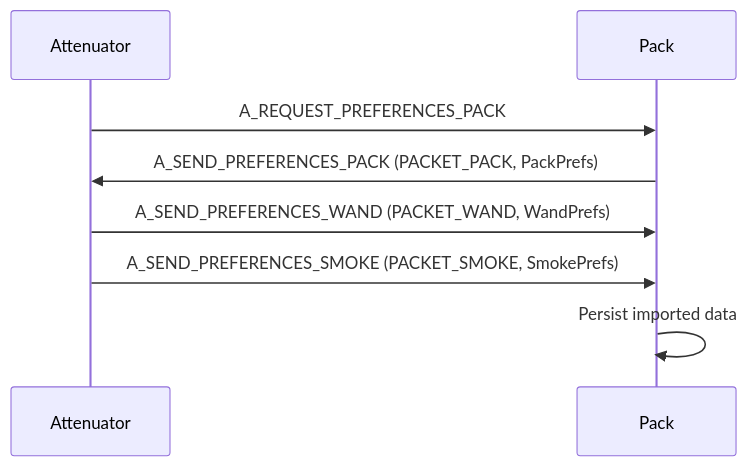
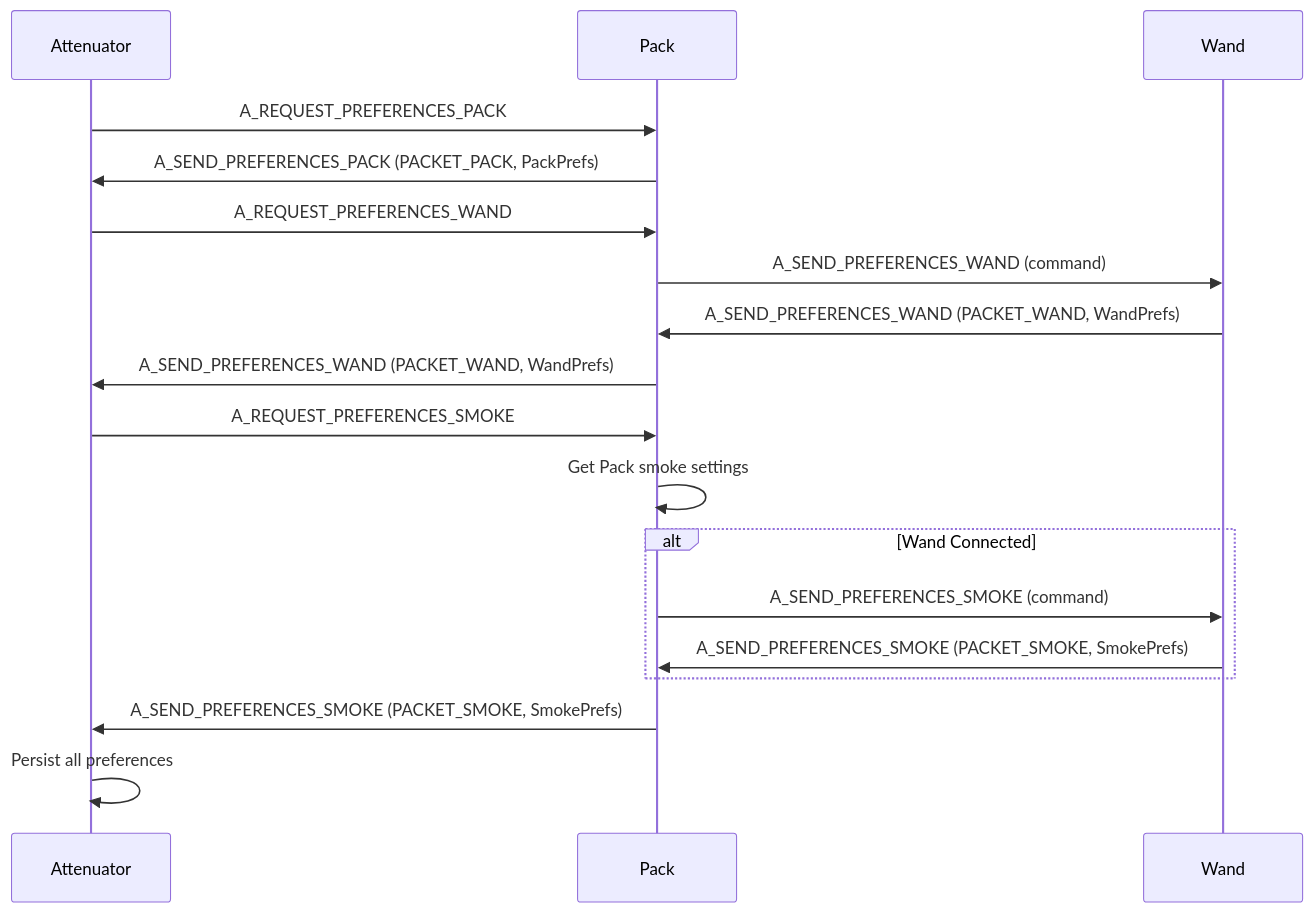
Before and after one commit to GPStarTechnologies/GPStar-Core-Source: the third of 5 diagrams in source/SharedLib/Communication/API_SEQUENCES.md, drawn with Mermaid. The commit also changed other lines of this file and 30 other files, not shown here.

Commit message:
Update flows, reduce duplicated commands

````diff
--- a/source/SharedLib/Communication/API_SEQUENCES.md
+++ b/source/SharedLib/Communication/API_SEQUENCES.md
@@ -39,11 +54,24 @@
 ```mermaid
 sequenceDiagram
 		participant A as Attenuator
 		participant P as Pack
+		participant W as Wand
 
 		A->>P: A_REQUEST_PREFERENCES_PACK
 		P->>A: A_SEND_PREFERENCES_PACK (PACKET_PACK, PackPrefs)
-		A->>P: A_SEND_PREFERENCES_WAND (PACKET_WAND, WandPrefs)
-		A->>P: A_SEND_PREFERENCES_SMOKE (PACKET_SMOKE, SmokePrefs)
-		P->>P: Persist imported data
+
+		A->>P: A_REQUEST_PREFERENCES_WAND
+		P->>W: A_SEND_PREFERENCES_WAND (command)
+		W->>P: A_SEND_PREFERENCES_WAND (PACKET_WAND, WandPrefs)
+		P->>A: A_SEND_PREFERENCES_WAND (PACKET_WAND, WandPrefs)
+
+		A->>P: A_REQUEST_PREFERENCES_SMOKE
+    P->>P: Get Pack smoke settings
+		alt Wand Connected
+			P->>W: A_SEND_PREFERENCES_SMOKE (command)
+			W->>P: A_SEND_PREFERENCES_SMOKE (PACKET_SMOKE, SmokePrefs)
+		end
+		P->>A: A_SEND_PREFERENCES_SMOKE (PACKET_SMOKE, SmokePrefs)
+
+		A->>A: Persist all preferences
 ```
````
